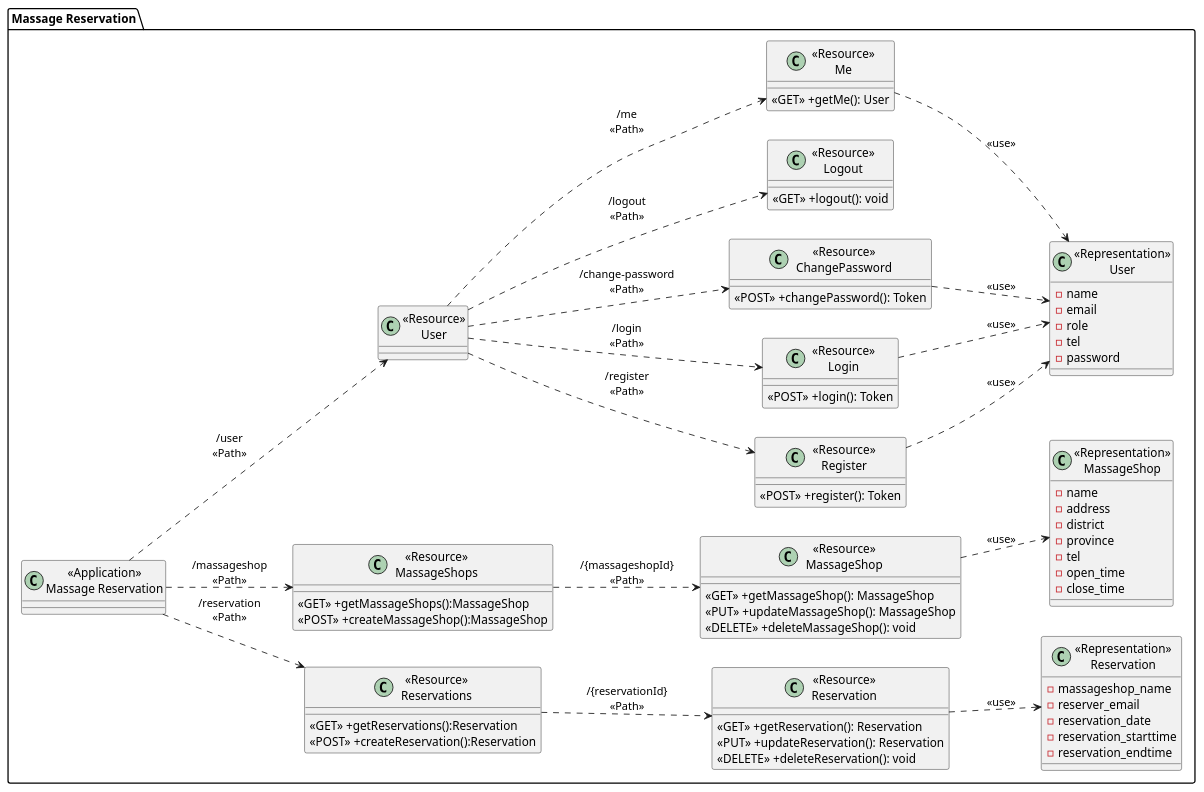
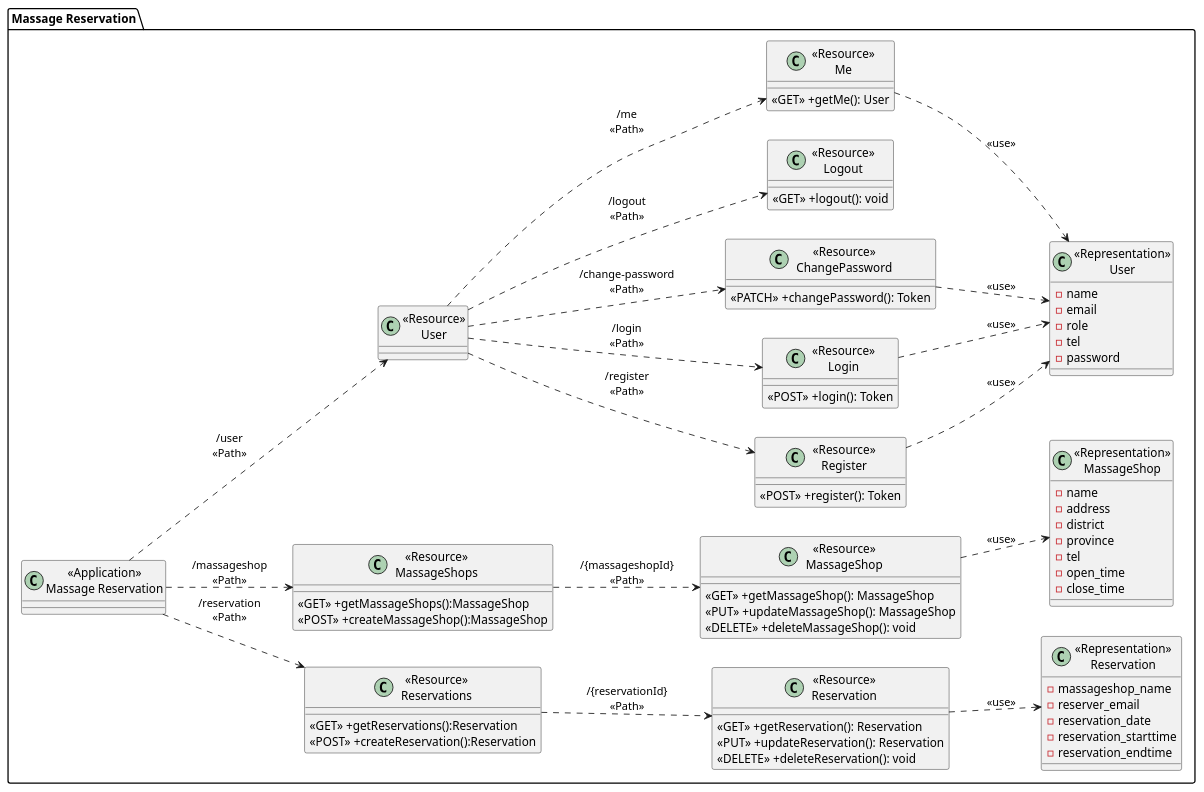
The diagram in docs/ClassDiagram.puml (naphattar/MassageReservationSystem), drawn with PlantUML before and after one commit. The commit also changed 5 other files, not shown here.

Commit message:
update class diagram

```diff
--- a/docs/ClassDiagram.puml
+++ b/docs/ClassDiagram.puml
@@ -1,97 +1,97 @@
 @startuml
 left to right direction
 package "Massage Reservation"{
     class "<<Application>>\nMassage Reservation" as MassageReservationService{}
 
     class "<<Resource>>\nReservations" as ResourceReservations{
         <<GET>> +getReservations():Reservation
         <<POST>> +createReservation():Reservation
     }
 
     class "<<Resource>>\nReservation" as ResourceReservation{
         <<GET>> +getReservation(): Reservation
         <<PUT>> +updateReservation(): Reservation
         <<DELETE>> +deleteReservation(): void
     }
 
     class "<<Representation>>\nReservation" as RepresentationReservation {
         -massageshop_name
         -reserver_email
         -reservation_date
         -reservation_starttime
         -reservation_endtime
     }
 
     class "<<Resource>>\nMassageShops" as ResourceMassageShops{
         <<GET>> +getMassageShops():MassageShop
         <<POST>> +createMassageShop():MassageShop
     }
 
     class "<<Resource>>\nMassageShop" as ResourceMassageShop{
         <<GET>> +getMassageShop(): MassageShop
         <<PUT>> +updateMassageShop(): MassageShop
         <<DELETE>> +deleteMassageShop(): void
     }
 
     class "<<Representation>>\nMassageShop" as RepresentationMassageShop {
         -name
         -address
         -district
         -province
         -tel
         -open_time
         -close_time
     }
 
     class "<<Resource>>\nUser" as ResourceUser{
         
     }
 
     class "<<Resource>>\nRegister" as ResourceRegister{
         <<POST>> +register(): Token
     }
 
     class "<<Resource>>\nLogin" as ResourceLogin{
         <<POST>> +login(): Token
     }
 
     class "<<Resource>>\nChangePassword" as ResourceChangePassword{
-        <<POST>> +changePassword(): Token
+        <<PATCH>> +changePassword(): Token
     }
 
     class "<<Resource>>\nLogout" as ResourceLogout{
         <<GET>> +logout(): void
     }
 
     class "<<Resource>>\nMe" as ResourceMe{
         <<GET>> +getMe(): User
     }
 
     class "<<Representation>>\nUser" as RepresentationUser {
         -name
         -email
         -role
         -tel
         -password
     }
 
 }
 
 MassageReservationService ..> ResourceUser:"/user\n<<Path>>"
 ResourceUser ..> ResourceRegister:"/register\n<<Path>>"
 ResourceRegister ..> RepresentationUser: "<<use>>"
 ResourceUser ..> ResourceLogin:"/login\n<<Path>>"
 ResourceLogin ..> RepresentationUser: "<<use>>"
 ResourceUser ..> ResourceChangePassword:"/change-password\n<<Path>>"
 ResourceChangePassword ..> RepresentationUser: "<<use>>"
 ResourceUser ..> ResourceMe:"/me\n<<Path>>"
 ResourceMe ..> RepresentationUser: "<<use>>"
 ResourceUser ..> ResourceLogout:"/logout\n<<Path>>"
 MassageReservationService ..> ResourceMassageShops:"/massageshop\n<<Path>>"
 ResourceMassageShops ..> ResourceMassageShop:"/{massageshopId}\n<<Path>>"
 ResourceMassageShop ..> RepresentationMassageShop: "<<use>>"
 MassageReservationService ..> ResourceReservations:"/reservation\n<<Path>>"
 ResourceReservations ..> ResourceReservation:"/{reservationId}\n<<Path>>"
 ResourceReservation ..> RepresentationReservation: "<<use>>"
 
 @enduml
```
